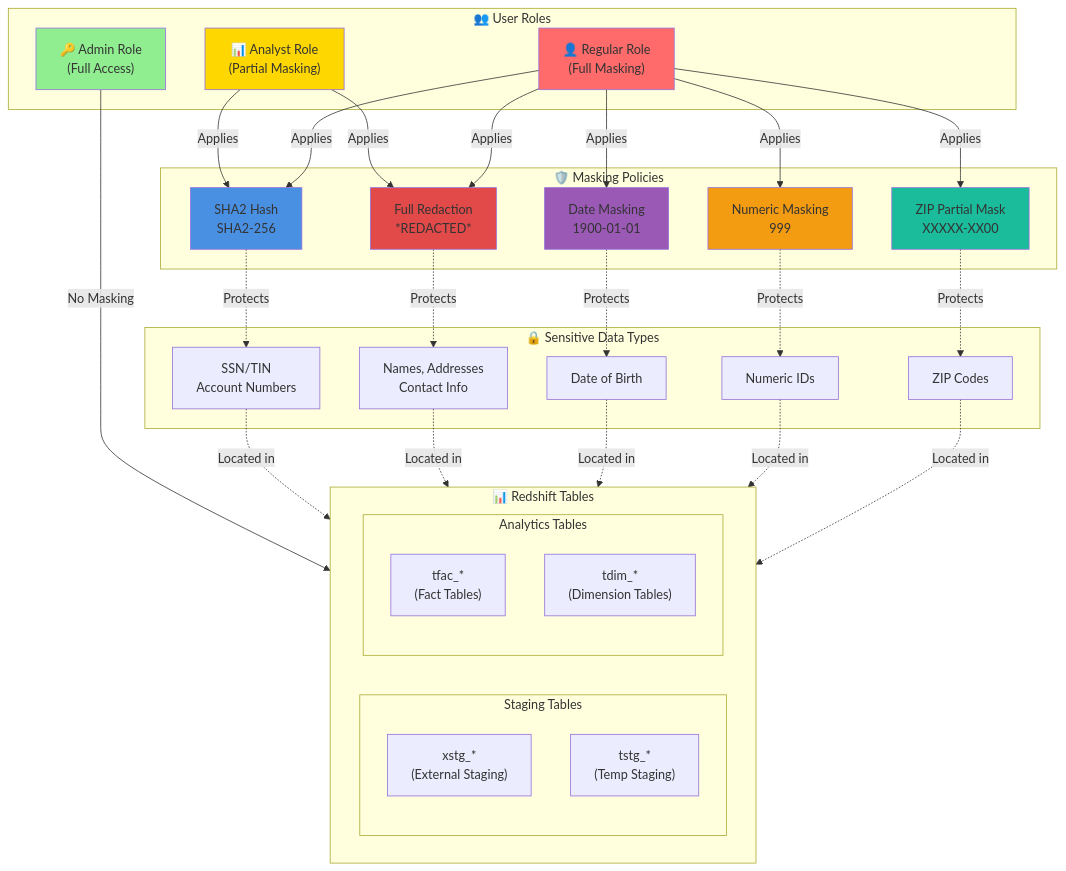
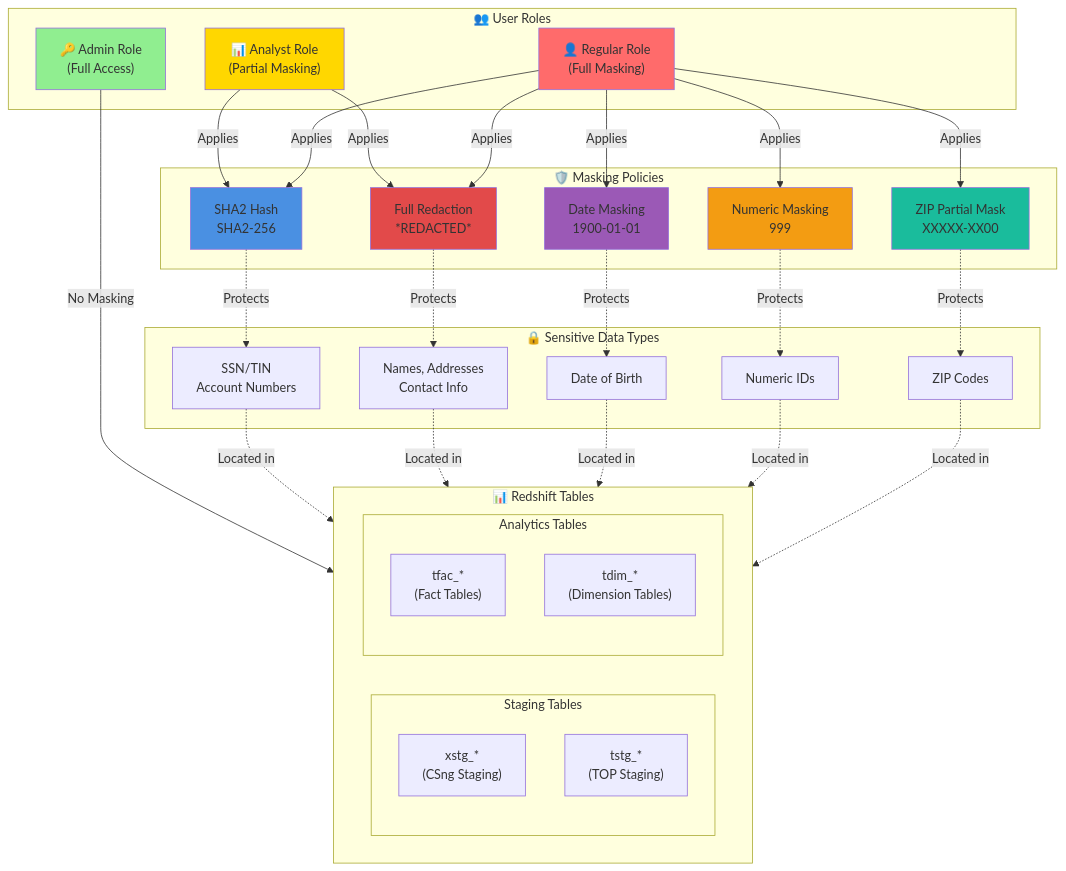
The diagram in architecture-diagram.md (jorgereyes323/-redshift-ddm-policies), drawn with Mermaid before and after one commit. The commit also changed other lines of this file, not shown here.

````diff
--- a/architecture-diagram.md
+++ b/architecture-diagram.md
@@ -3,65 +3,65 @@
 ```mermaid
 graph TB
     subgraph Users["👥 User Roles"]
         Admin["🔑 Admin Role<br/>(Full Access)"]
         Analyst["📊 Analyst Role<br/>(Partial Masking)"]
         Regular["👤 Regular Role<br/>(Full Masking)"]
     end
 
     subgraph Policies["🛡️ Masking Policies"]
         SHA2["SHA2 Hash<br/>SHA2-256"]
         Redact["Full Redaction<br/>*REDACTED*"]
         DateMask["Date Masking<br/>1900-01-01"]
         NumMask["Numeric Masking<br/>999"]
         ZipMask["ZIP Partial Mask<br/>XXXXX-XX00"]
     end
 
     subgraph Tables["📊 Redshift Tables"]
         subgraph Staging["Staging Tables"]
-            XSTG["xstg_*<br/>(External Staging)"]
-            TSTG["tstg_*<br/>(Temp Staging)"]
+            XSTG["xstg_*<br/>(CSng Staging)"]
+            TSTG["tstg_*<br/>(TOP Staging)"]
         end
         subgraph Analytics["Analytics Tables"]
             TFAC["tfac_*<br/>(Fact Tables)"]
             TDIM["tdim_*<br/>(Dimension Tables)"]
         end
     end
 
     subgraph SensitiveData["🔒 Sensitive Data Types"]
         SSN["SSN/TIN<br/>Account Numbers"]
         PII["Names, Addresses<br/>Contact Info"]
         DOB["Date of Birth"]
         IDs["Numeric IDs"]
         ZIP["ZIP Codes"]
     end
 
     Admin -->|No Masking| Tables
     Analyst -->|Applies| SHA2
     Analyst -->|Applies| Redact
     Regular -->|Applies| SHA2
     Regular -->|Applies| Redact
     Regular -->|Applies| DateMask
     Regular -->|Applies| NumMask
     Regular -->|Applies| ZipMask
 
     SHA2 -.->|Protects| SSN
     Redact -.->|Protects| PII
     DateMask -.->|Protects| DOB
     NumMask -.->|Protects| IDs
     ZipMask -.->|Protects| ZIP
 
     SSN -.->|Located in| Tables
     PII -.->|Located in| Tables
     DOB -.->|Located in| Tables
     IDs -.->|Located in| Tables
     ZIP -.->|Located in| Tables
 
     style Admin fill:#90EE90
     style Analyst fill:#FFD700
     style Regular fill:#FF6B6B
     style SHA2 fill:#4A90E2
     style Redact fill:#E24A4A
     style DateMask fill:#9B59B6
     style NumMask fill:#F39C12
     style ZipMask fill:#1ABC9C
 ```
````
